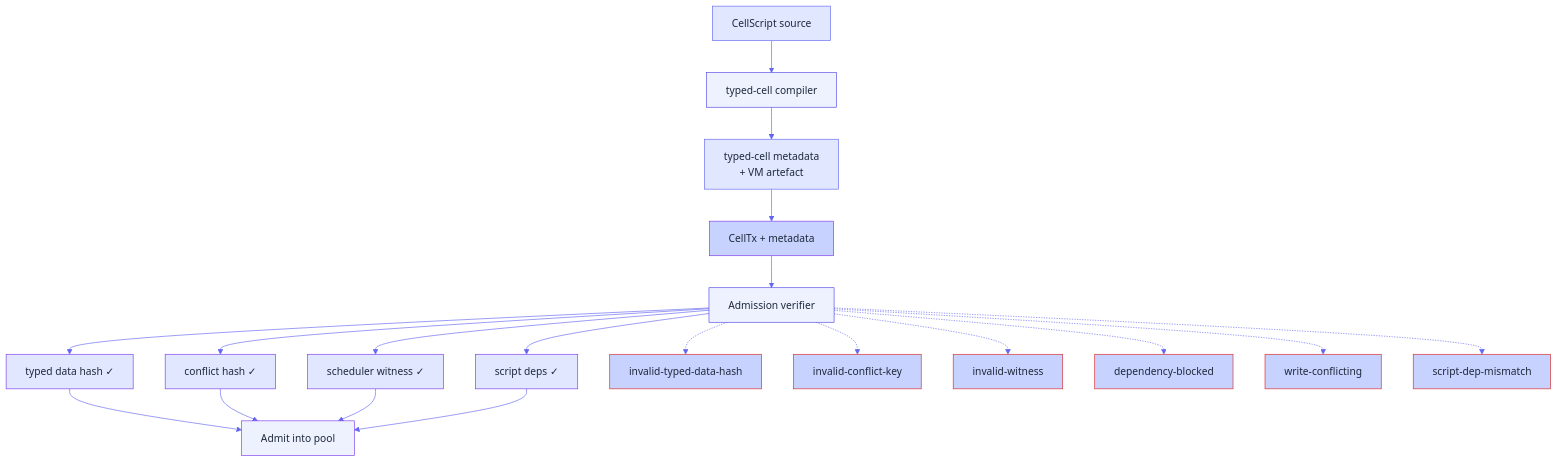
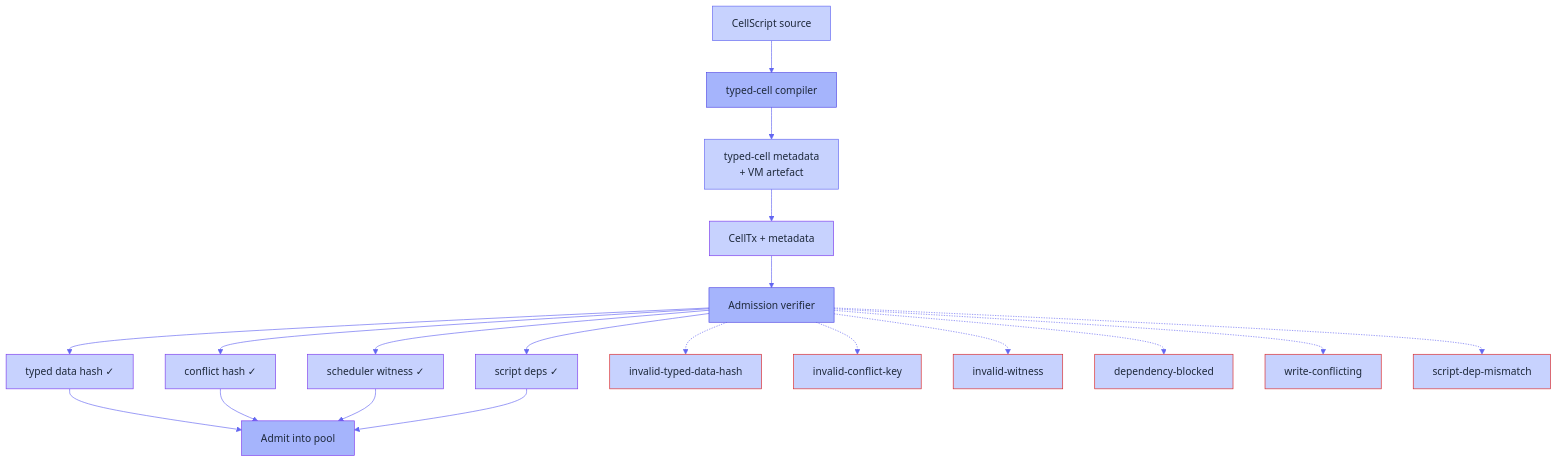
The diagram in docs/architecture/cellscript.md (Myelin-Labs/Myelin), drawn with Mermaid before and after one commit. The commit also changed 31 other files, not shown here.

````diff
--- a/docs/architecture/cellscript.md
+++ b/docs/architecture/cellscript.md
@@ -44,52 +44,52 @@
 ```mermaid
 %%{init: {
   "theme": "base",
   "themeVariables": {
-    "primaryColor": "#EEF2FF",
+    "primaryColor": "#A5B4FC",
     "primaryTextColor": "#1E293B",
     "primaryBorderColor": "#4F46E5",
     "lineColor": "#6366F1",
-    "secondaryColor": "#E0E7FF",
+    "secondaryColor": "#C7D2FE",
     "tertiaryColor": "#C7D2FE"
   }
 }}%%
 flowchart TB
     A["CellScript source"]:::src
     B["typed-cell compiler"]:::comp
     C["typed-cell metadata<br/>+ VM artefact"]:::meta
     D["CellTx + metadata"]:::tx
     E["Admission verifier"]:::check
     F1["typed data hash ✓"]:::ok
     F2["conflict hash ✓"]:::ok
     F3["scheduler witness ✓"]:::ok
     F4["script deps ✓"]:::ok
     G["Admit into pool"]:::good
     R1["invalid-typed-data-hash"]:::bad
     R2["invalid-conflict-key"]:::bad
     R3["invalid-witness"]:::bad
     R4["dependency-blocked"]:::bad
     R5["write-conflicting"]:::bad
     R6["script-dep-mismatch"]:::bad
 
     A --> B --> C --> D --> E
     E --> F1
     E --> F2
     E --> F3
     E --> F4
     F1 & F2 & F3 & F4 --> G
     E -.-> R1
     E -.-> R2
     E -.-> R3
     E -.-> R4
     E -.-> R5
     E -.-> R6
 
-    classDef src  fill:#E0E7FF,stroke:#6366F1,color:#1E293B;
-    classDef comp fill:#EEF2FF,stroke:#4F46E5,color:#1E293B;
-    classDef meta fill:#E0E7FF,stroke:#6366F1,color:#1E293B;
+    classDef src  fill:#C7D2FE,stroke:#6366F1,color:#1E293B;
+    classDef comp fill:#A5B4FC,stroke:#4F46E5,color:#1E293B;
+    classDef meta fill:#C7D2FE,stroke:#6366F1,color:#1E293B;
     classDef tx   fill:#C7D2FE,stroke:#7C3AED,color:#1E293B;
-    classDef check fill:#EEF2FF,stroke:#4F46E5,color:#1E293B;
-    classDef ok   fill:#E0E7FF,stroke:#7C3AED,color:#1E293B;
-    classDef good fill:#EEF2FF,stroke:#7C3AED,color:#1E293B;
+    classDef check fill:#A5B4FC,stroke:#4F46E5,color:#1E293B;
+    classDef ok   fill:#C7D2FE,stroke:#7C3AED,color:#1E293B;
+    classDef good fill:#A5B4FC,stroke:#7C3AED,color:#1E293B;
     classDef bad  fill:#C7D2FE,stroke:#DC2626,color:#1E293B;
 ```
````
